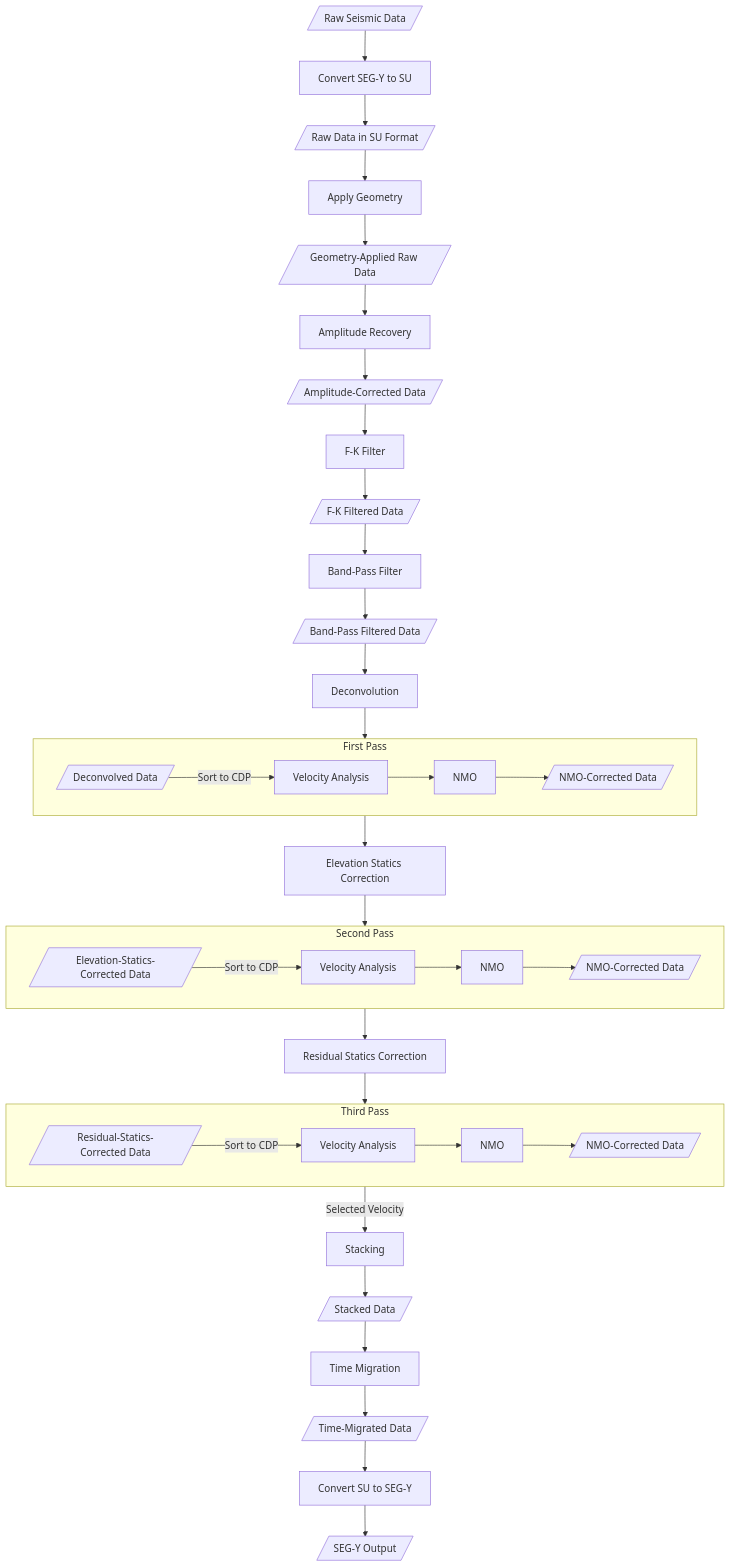
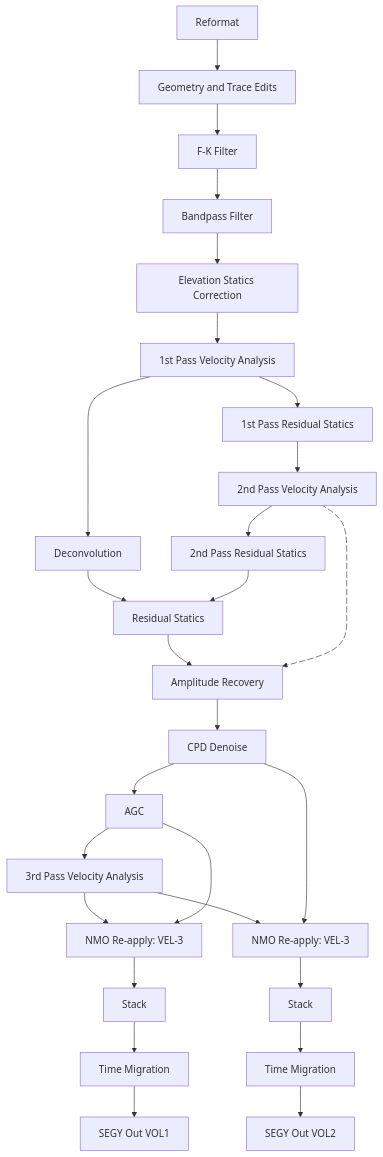
Before and after one commit to vandanue/ADG-1: the diagram in README.md, drawn with Mermaid.

````diff
--- a/README.md
+++ b/README.md
@@ -13,49 +13,39 @@
 ```mermaid
 flowchart TD
-    A[/Raw Seismic Data/] --> B[Convert SEG-Y to SU]
-    B --> C[/Raw Data in SU Format/]
-    C --> D[Apply Geometry]
-    D --> E[/Geometry-Applied Raw Data/]
-    E --> F[Amplitude Recovery]
-    F --> G[/Amplitude-Corrected Data/]
-    G --> H[F-K Filter]
-    H --> I[/F-K Filtered Data/]
-    I --> J[Band-Pass Filter]
-    J --> K[/Band-Pass Filtered Data/]
-    K --> L[Deconvolution]
-    L --> M[/Deconvolved Data/]
+    A[Reformat] --> B[Geometry and Trace Edits]
+    B --> C[F-K Filter]
+    C --> D[Bandpass Filter]
+    D --> E[Elevation Statics Correction]
+    E --> F[1st Pass Velocity Analysis]
 
-    subgraph First Pass
-        direction LR
-        M -->|Sort to CDP| Z1[Velocity Analysis]
-        Z1 --> Z2[NMO]
-        Z2 --> Z3[/NMO-Corrected Data/]
-    end
+    %% Velocity analysis branch
+    F --> F1[1st Pass Residual Statics]
+    F1 --> F2[2nd Pass Velocity Analysis]
+    F2 --> F3[2nd Pass Residual Statics]
 
-    M --> N[Elevation Statics Correction]
-    N --> O[/Elevation-Statics-Corrected Data/]
+    F --> G[Deconvolution]
+    G --> H[Residual Statics]
+    F3 --> H
+    H --> I[Amplitude Recovery]
+    F2 e1@-.-> I
+    e1@{ animate: true }
+    I --> J[CPD Denoise]
+    
+    %% Relative amplitude
+    J --> R1[AGC]
+    R1 --> R1a[3rd Pass Velocity Analysis]
+    R1a --> R2[NMO Re-apply: VEL-3]
+    R1 --> R2
+    R2 --> R3[Stack]
+    R3 --> R4[Time Migration]
+    R4 --> R5[SEGY Out VOL1]
 
-    subgraph Second Pass
-        direction LR
-        O -->|Sort to CDP| Z4[Velocity Analysis]
-        Z4 --> Z5[NMO]
-        Z5 --> Z6[/NMO-Corrected Data/]
-    end
 
-    O --> P[Residual Statics Correction]
-    P --> Q[/Residual-Statics-Corrected Data/]
+    %% True amplitude
+    R1a --> T1
+    J --> T1[NMO Re-apply: VEL-3]
+    T1 --> T2[Stack]
+    T2 --> T4[Time Migration]
+    T4 --> T5[SEGY Out VOL2]
 
-    subgraph Third Pass
-        direction LR
-        Q -->|Sort to CDP| Z7[Velocity Analysis]
-        Z7 --> Z8[NMO]
-        Z8 --> Z9[/NMO-Corrected Data/]
-    end
-
-    Z9 -->|Selected Velocity| T[Stacking]
-    T --> U[/Stacked Data/]
-    U --> V[Time Migration]
-    V --> W[/Time-Migrated Data/]
-    W --> X[Convert SU to SEG-Y]
-    X --> Y[/SEG-Y Output/]
 ```
````
